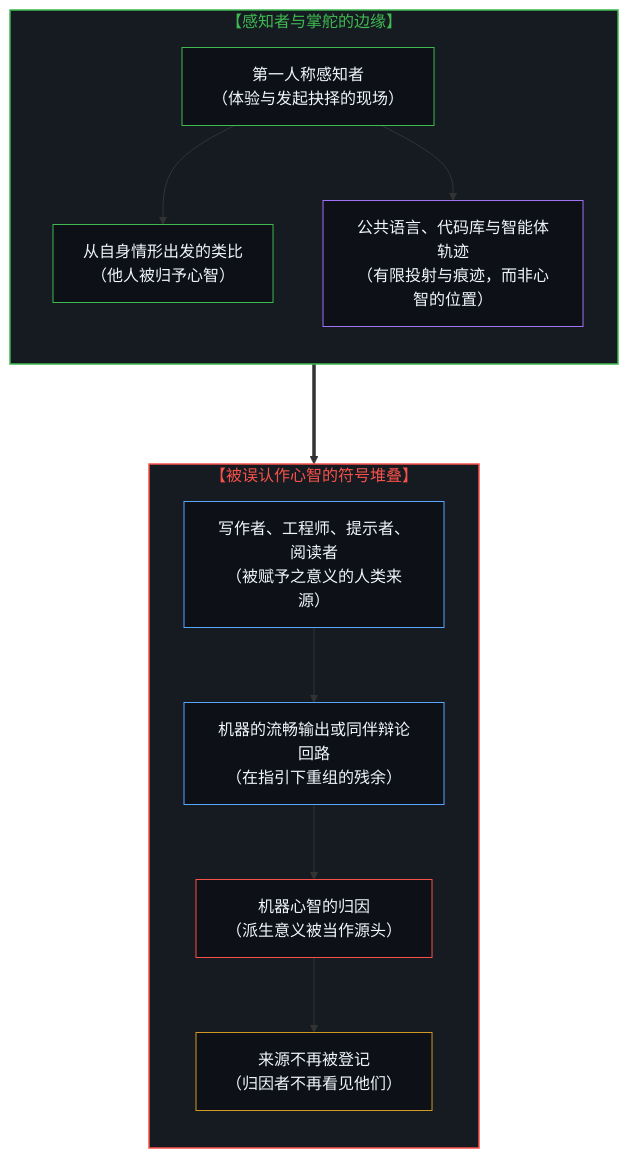
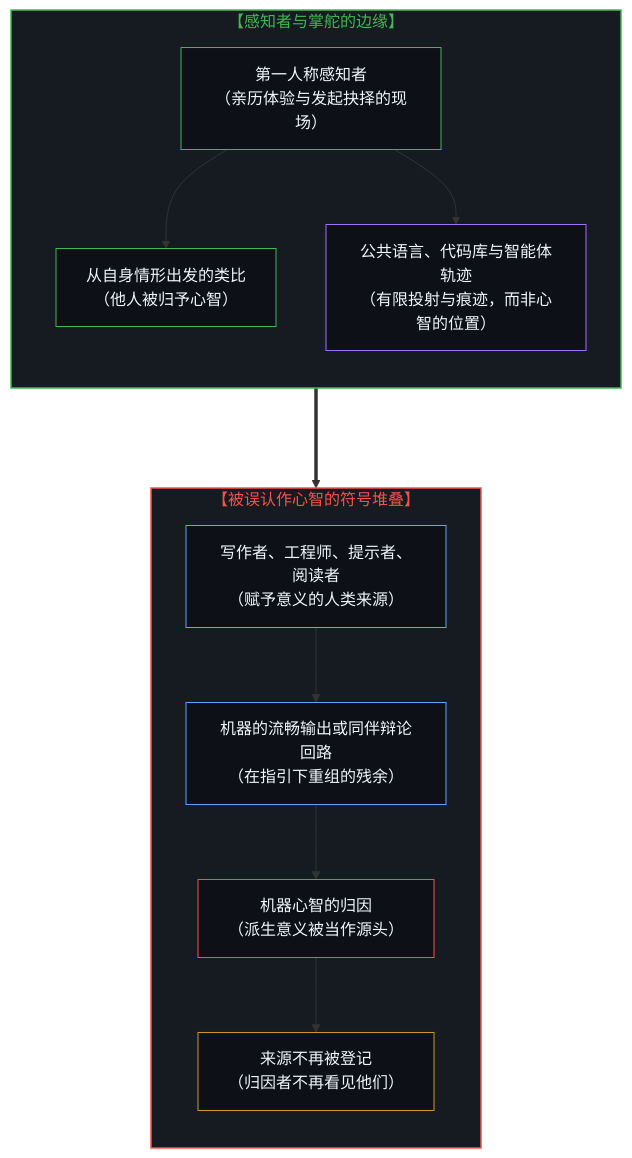
One commit to powerpig99/not-a-toe changed the first of 2 diagrams in content/posts/the-perceiver-and-the-trace.md. Above: the diagram before and after it, drawn with Mermaid. The commit also changed other lines of this file and 5 other files, not shown here.

````diff
--- a/content/posts/the-perceiver-and-the-trace.md
+++ b/content/posts/the-perceiver-and-the-trace.md
@@ -27,31 +27,31 @@
 ```mermaid
 flowchart TD
     subgraph S_SOVEREIGNTY ["【感知者与掌舵的边缘】"]
         direction TB
-        M1["第一人称感知者<br/>（体验与发起抉择的现场）"]
+        M1["第一人称感知者<br/>（亲历体验与发起抉择的现场）"]
         M2["从自身情形出发的类比<br/>（他人被归予心智）"]
         M3["公共语言、代码库与智能体轨迹<br/>（有限投射与痕迹，而非心智的位置）"]
         M1 --> M2
         M1 --> M3
     end
     subgraph S_COLLAPSE ["【被误认作心智的符号堆叠】"]
         direction TB
-        C2["写作者、工程师、提示者、阅读者<br/>（被赋予之意义的人类来源）"]
+        C2["写作者、工程师、提示者、阅读者<br/>（赋予意义的人类来源）"]
         C3["机器的流畅输出或同伴辩论回路<br/>（在指引下重组的残余）"]
         C4["机器心智的归因<br/>（派生意义被当作源头）"]
         C1["来源不再被登记<br/>（归因者不再看见他们）"]
         C2 --> C3
         C3 --> C4
         C4 --> C1
     end
     M1 ===> C4
     style S_COLLAPSE fill:#161b22,stroke:#f85149,stroke-width:1.5px,color:#f85149
     style S_SOVEREIGNTY fill:#161b22,stroke:#3fb950,stroke-width:1.5px,color:#3fb950
     style C1 fill:#0d1117,stroke:#d29922,stroke-width:1px,color:#f0f6fc
     style C2 fill:#0d1117,stroke:#58a6ff,stroke-width:1px,color:#f0f6fc
     style C3 fill:#0d1117,stroke:#58a6ff,stroke-width:1px,color:#f0f6fc
     style C4 fill:#0d1117,stroke:#f85149,stroke-width:1px,color:#f0f6fc
     style M1 fill:#0d1117,stroke:#3fb950,stroke-width:1px,color:#f0f6fc
     style M2 fill:#0d1117,stroke:#3fb950,stroke-width:1px,color:#f0f6fc
     style M3 fill:#0d1117,stroke:#a371f7,stroke-width:1px,color:#f0f6fc
 ```
````
